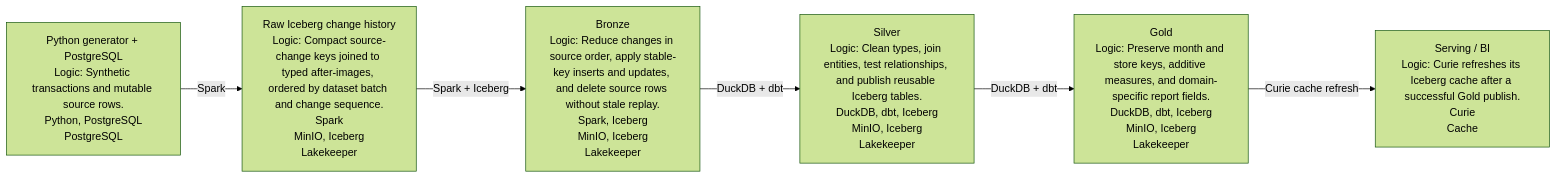
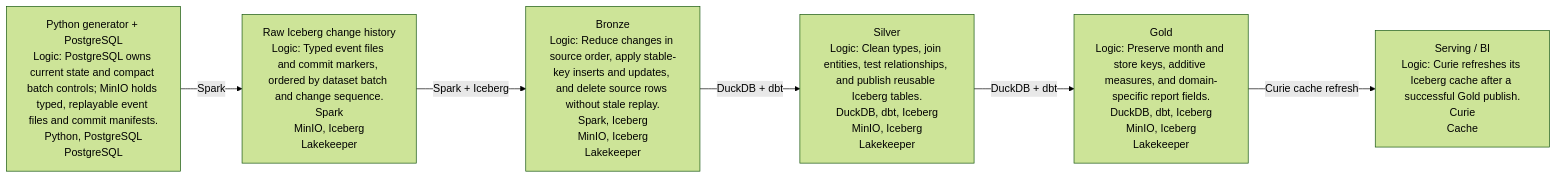
The diagram in docs/dataflow/generated/project_dataflow.md (AntonMiniazev/ampere_project), drawn with Mermaid (forest theme) before and after one commit. The commit also changed 51 other files, not shown here.

Commit message:
refactor(pipeline): replace PostgreSQL journal with staged Parquet

````diff
--- a/docs/dataflow/generated/project_dataflow.md
+++ b/docs/dataflow/generated/project_dataflow.md
@@ -5,15 +5,15 @@
 ```mermaid
 flowchart LR
-    L_SOURCE["Python generator + PostgreSQL<br/>Logic: Synthetic transactions and mutable source rows.<br/>Python, PostgreSQL<br/>PostgreSQL"]
-    L_RAW["Raw Iceberg change history<br/>Logic: Compact source-change keys joined to typed after-images, ordered by dataset batch and change sequence.<br/>Spark<br/>MinIO, Iceberg<br/>Lakekeeper"]
+    L_SOURCE["Python generator + PostgreSQL<br/>Logic: PostgreSQL owns current state and compact batch controls; MinIO holds typed, replayable event files and commit manifests.<br/>Python, PostgreSQL<br/>PostgreSQL"]
+    L_RAW["Raw Iceberg change history<br/>Logic: Typed event files and commit markers, ordered by dataset batch and change sequence.<br/>Spark<br/>MinIO, Iceberg<br/>Lakekeeper"]
     L_BRONZE["Bronze<br/>Logic: Reduce changes in source order, apply stable-key inserts and updates, and delete source rows without stale replay.<br/>Spark, Iceberg<br/>MinIO, Iceberg<br/>Lakekeeper"]
     L_SILVER["Silver<br/>Logic: Clean types, join entities, test relationships, and publish reusable Iceberg tables.<br/>DuckDB, dbt, Iceberg<br/>MinIO, Iceberg<br/>Lakekeeper"]
     L_GOLD["Gold<br/>Logic: Preserve month and store keys, additive measures, and domain-specific report fields.<br/>DuckDB, dbt, Iceberg<br/>MinIO, Iceberg<br/>Lakekeeper"]
     L_SERVING["Serving / BI<br/>Logic: Curie refreshes its Iceberg cache after a successful Gold publish.<br/>Curie<br/>Cache"]
 
     L_SOURCE -->|"Spark"| L_RAW
     L_RAW -->|"Spark + Iceberg"| L_BRONZE
     L_BRONZE -->|"DuckDB + dbt"| L_SILVER
     L_SILVER -->|"DuckDB + dbt"| L_GOLD
     L_GOLD -->|"Curie cache refresh"| L_SERVING
 ```
````
